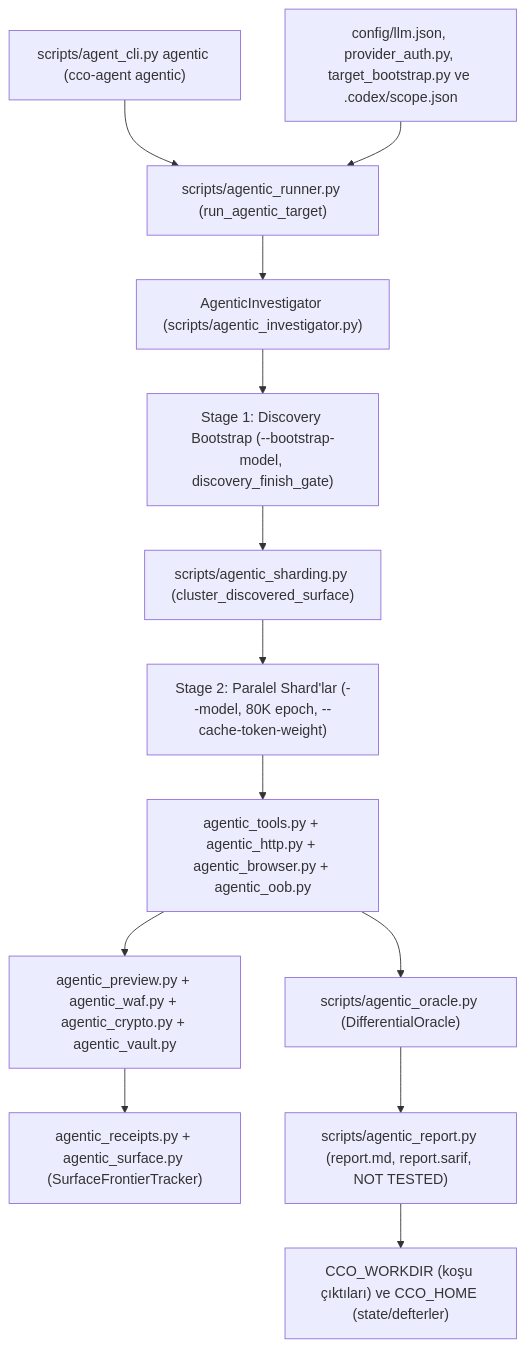
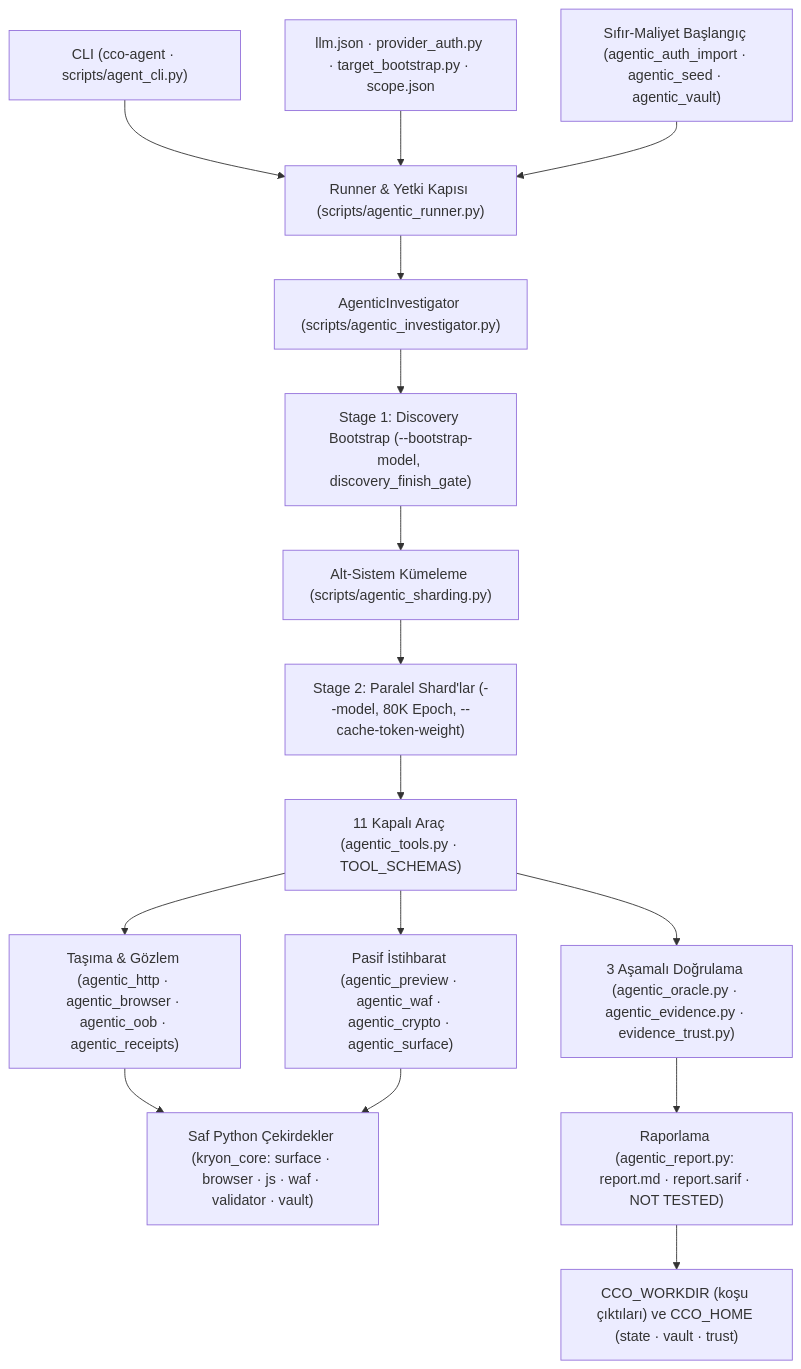
The diagram in docs/architecture.md (EmreMetin00007/kryon), drawn with Mermaid before and after one commit. The commit also changed other lines of this file and 598 other files, not shown here.

Commit message:
Phase C: consolidate kryon_core, retire legacy v1 stack, and align CLI/packaging/CI/docs

````diff
--- a/docs/architecture.md
+++ b/docs/architecture.md
@@ -13,15 +11,21 @@
 ```mermaid
 flowchart TD
-    CLI["scripts/agent_cli.py agentic (cco-agent agentic)"] --> RUN["scripts/agentic_runner.py (run_agentic_target)"]
-    CFG["config/llm.json, provider_auth.py, target_bootstrap.py ve .codex/scope.json"] --> RUN
+    CLI["CLI (cco-agent · scripts/agent_cli.py)"] --> RUN["Runner & Yetki Kapısı (scripts/agentic_runner.py)"]
+    CFG["llm.json · provider_auth.py · target_bootstrap.py · scope.json"] --> RUN
+    INIT["Sıfır-Maliyet Başlangıç (agentic_auth_import · agentic_seed · agentic_vault)"] --> RUN
+
     RUN --> INV["AgenticInvestigator (scripts/agentic_investigator.py)"]
     INV --> S1["Stage 1: Discovery Bootstrap (--bootstrap-model, discovery_finish_gate)"]
-    S1 --> SHARD["scripts/agentic_sharding.py (cluster_discovered_surface)"]
-    SHARD --> S2["Stage 2: Paralel Shard'lar (--model, 80K epoch, --cache-token-weight)"]
-    S2 --> TOOLS["agentic_tools.py + agentic_http.py + agentic_browser.py + agentic_oob.py"]
-    TOOLS --> INTEL["agentic_preview.py + agentic_waf.py + agentic_crypto.py + agentic_vault.py"]
-    INTEL --> SURF["agentic_receipts.py + agentic_surface.py (SurfaceFrontierTracker)"]
-    TOOLS --> ORA["scripts/agentic_oracle.py (DifferentialOracle)"]
-    ORA --> REP["scripts/agentic_report.py (report.md, report.sarif, NOT TESTED)"]
-    REP --> OUT["CCO_WORKDIR (koşu çıktıları) ve CCO_HOME (state/defterler)"]
+    S1 --> SHARD["Alt-Sistem Kümeleme (scripts/agentic_sharding.py)"]
+    SHARD --> S2["Stage 2: Paralel Shard'lar (--model, 80K Epoch, --cache-token-weight)"]
+
+    S2 --> TOOLS["11 Kapalı Araç (agentic_tools.py · TOOL_SCHEMAS)"]
+    TOOLS --> TRANS["Taşıma & Gözlem (agentic_http · agentic_browser · agentic_oob · agentic_receipts)"]
+    TOOLS --> INTEL["Pasif İstihbarat (agentic_preview · agentic_waf · agentic_crypto · agentic_surface)"]
+    TRANS --> CORE["Saf Python Çekirdekler (kryon_core: surface · browser · js · waf · validator · vault)"]
+    INTEL --> CORE
+
+    TOOLS --> ORA["3 Aşamalı Doğrulama (agentic_oracle.py · agentic_evidence.py · evidence_trust.py)"]
+    ORA --> REP["Raporlama (agentic_report.py: report.md · report.sarif · NOT TESTED)"]
+    REP --> OUT["CCO_WORKDIR (koşu çıktıları) ve CCO_HOME (state · vault · trust)"]
 ```
````
